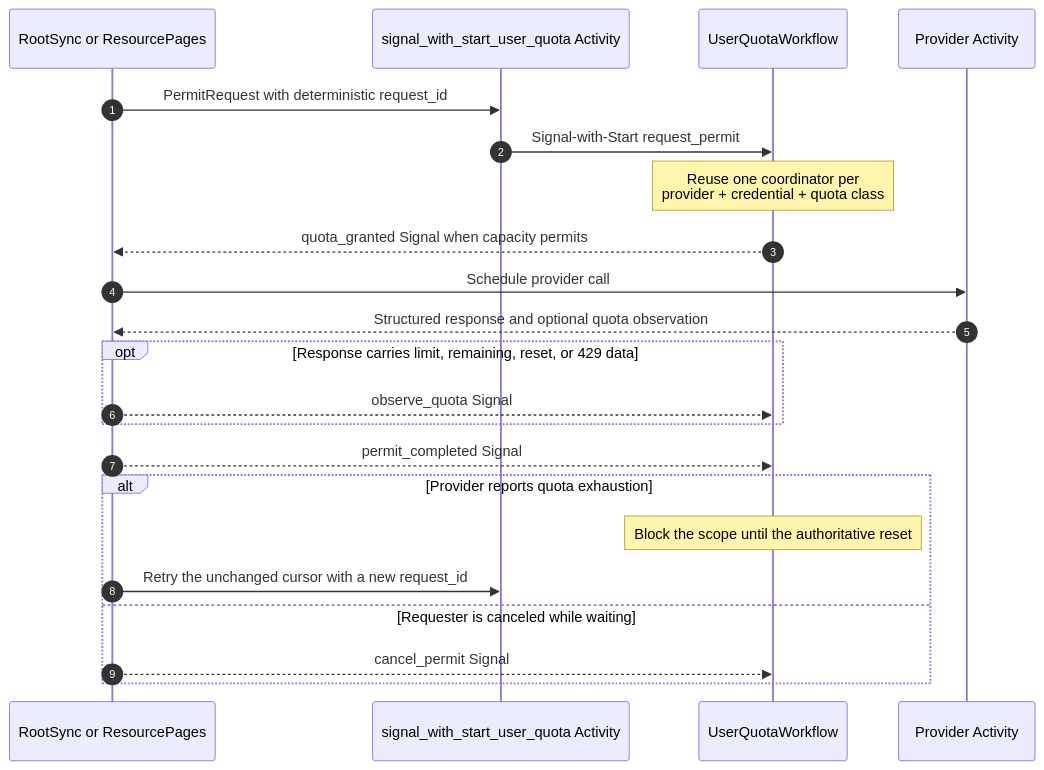
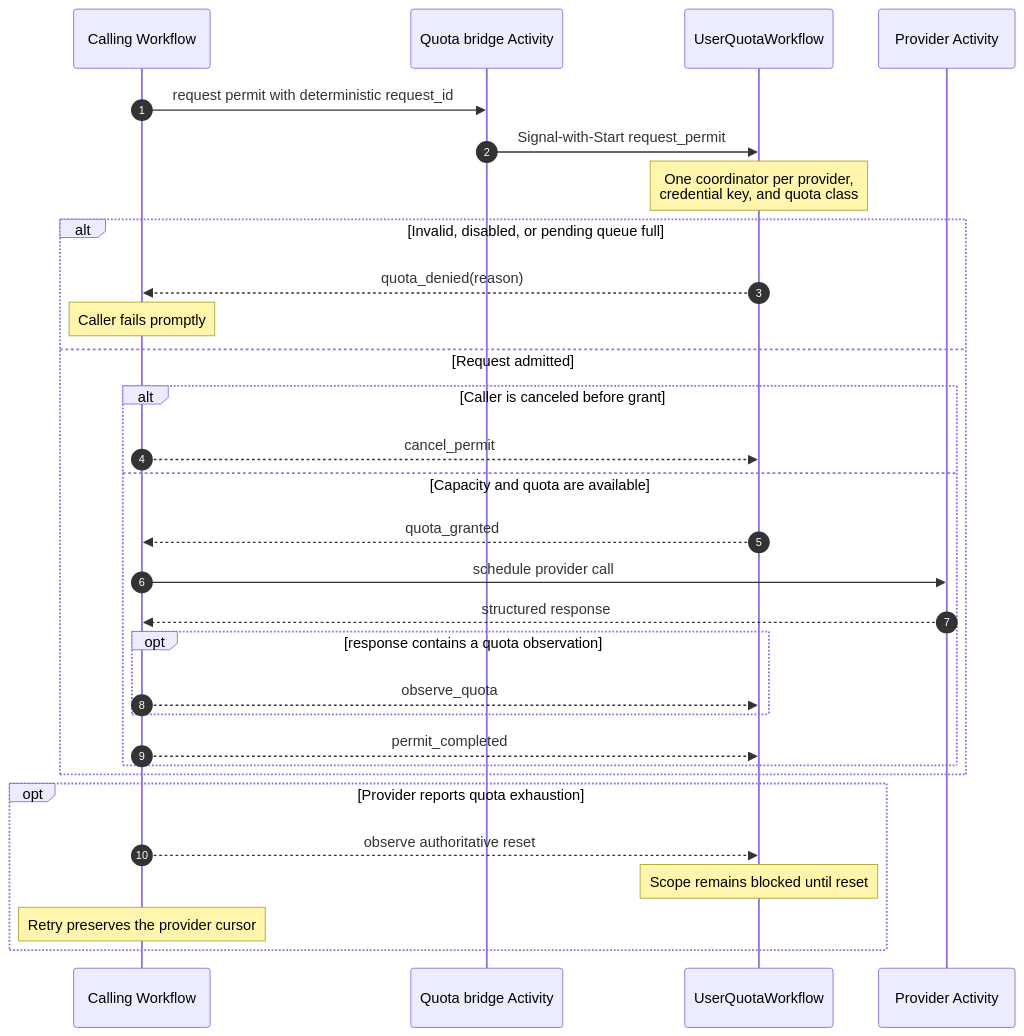
The fourth of 6 diagrams in docs/workflow-topology.md (temporal-sa/golden-retriever), drawn with Mermaid before and after one commit. The commit also changed other lines of this file and 42 other files, not shown here.

````diff
--- a/docs/workflow-topology.md
+++ b/docs/workflow-topology.md
@@ -145,25 +161,33 @@
 ```mermaid
 sequenceDiagram
     autonumber
-    participant W as RootSync or ResourcePages
-    participant B as signal_with_start_user_quota Activity
+    participant W as Calling Workflow
+    participant B as Quota bridge Activity
     participant Q as UserQuotaWorkflow
     participant P as Provider Activity
 
-    W->>B: PermitRequest with deterministic request_id
+    W->>B: request permit with deterministic request_id
     B->>Q: Signal-with-Start request_permit
-    Note over Q: Reuse one coordinator per<br/>provider + credential + quota class
-    Q-->>W: quota_granted Signal when capacity permits
-    W->>P: Schedule provider call
-    P-->>W: Structured response and optional quota observation
-    opt Response carries limit, remaining, reset, or 429 data
-        W-->>Q: observe_quota Signal
+    Note over Q: One coordinator per provider,<br/>credential key, and quota class
+    alt Invalid, disabled, or pending queue full
+        Q-->>W: quota_denied(reason)
+        Note over W: Caller fails promptly
+    else Request admitted
+        alt Caller is canceled before grant
+            W-->>Q: cancel_permit
+        else Capacity and quota are available
+            Q-->>W: quota_granted
+            W->>P: schedule provider call
+            P-->>W: structured response
+            opt response contains a quota observation
+                W-->>Q: observe_quota
+            end
+            W-->>Q: permit_completed
+        end
     end
-    W-->>Q: permit_completed Signal
-    alt Provider reports quota exhaustion
-        Note over Q: Block the scope until the authoritative reset
-        W->>B: Retry the unchanged cursor with a new request_id
-    else Requester is canceled while waiting
-        W-->>Q: cancel_permit Signal
+    opt Provider reports quota exhaustion
+        W-->>Q: observe authoritative reset
+        Note over Q: Scope remains blocked until reset
+        Note over W: Retry preserves the provider cursor
     end
 ```
````
